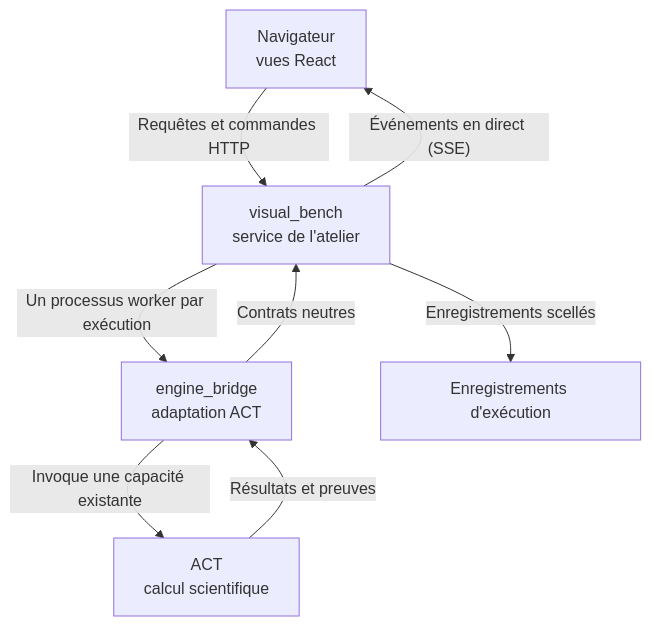
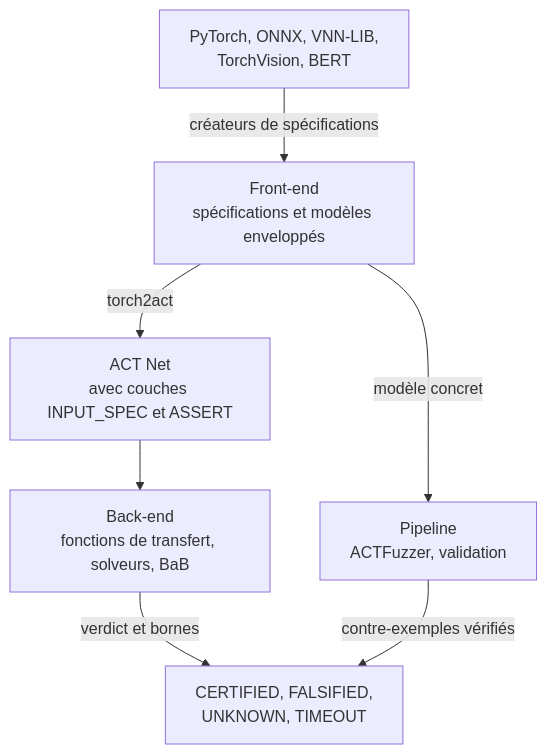
One commit to SVF-tools/ACT-GUI changed the diagram in site/content/fr/guide/how-it-works.md. Above: the diagram before and after it, drawn with Mermaid. The commit also changed other lines of this file and 20 other files, not shown here.

````diff
--- a/site/content/fr/guide/how-it-works.md
+++ b/site/content/fr/guide/how-it-works.md
@@ -5,10 +5,9 @@
 ```mermaid
 flowchart TB
-  B["Navigateur<br/>vues React"] -->|"Requêtes et commandes HTTP"| VB["visual_bench<br/>service de l'atelier"]
-  VB -->|"Événements en direct (SSE)"| B
-  VB -->|"Un processus worker par exécution"| EB["engine_bridge<br/>adaptation ACT"]
-  EB -->|"Invoque une capacité existante"| ACT["ACT<br/>calcul scientifique"]
-  ACT -->|"Résultats et preuves"| EB
-  EB -->|"Contrats neutres"| VB
-  VB -->|"Enregistrements scellés"| R["Enregistrements d'exécution"]
+  In["PyTorch, ONNX, VNN-LIB,<br/>TorchVision, BERT"] -->|"créateurs de spécifications"| FE["Front-end<br/>spécifications et modèles enveloppés"]
+  FE -->|"torch2act"| Net["ACT Net<br/>avec couches INPUT_SPEC et ASSERT"]
+  Net --> BE["Back-end<br/>fonctions de transfert, solveurs, BaB"]
+  BE -->|"verdict et bornes"| Out["CERTIFIED, FALSIFIED,<br/>UNKNOWN, TIMEOUT"]
+  FE -->|"modèle concret"| FZ["Pipeline<br/>ACTFuzzer, validation"]
+  FZ -->|"contre-exemples vérifiés"| Out
 ```
````
